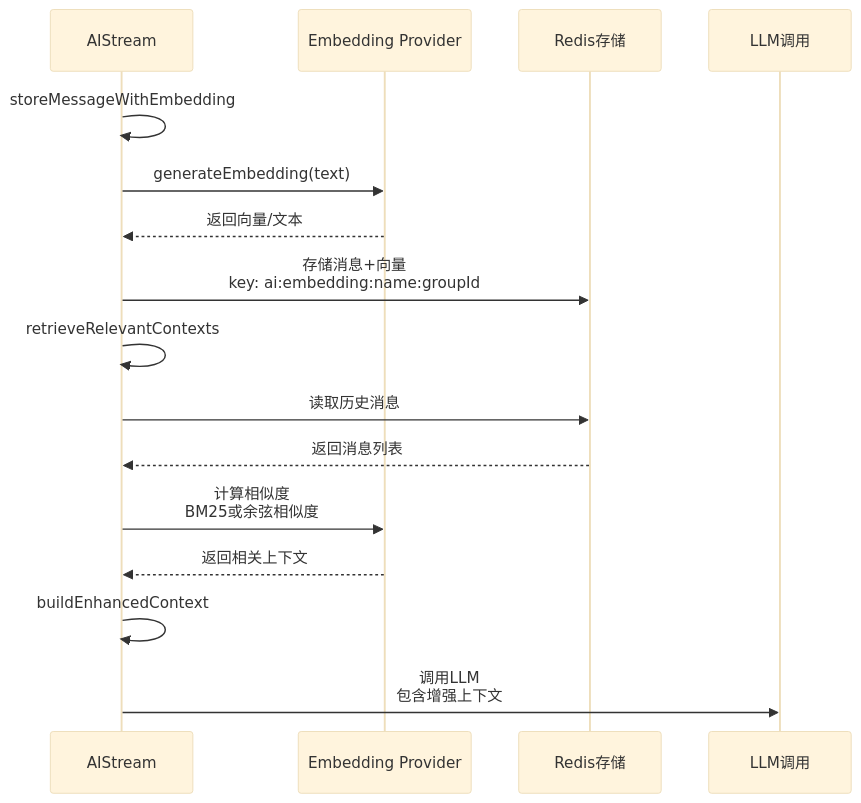
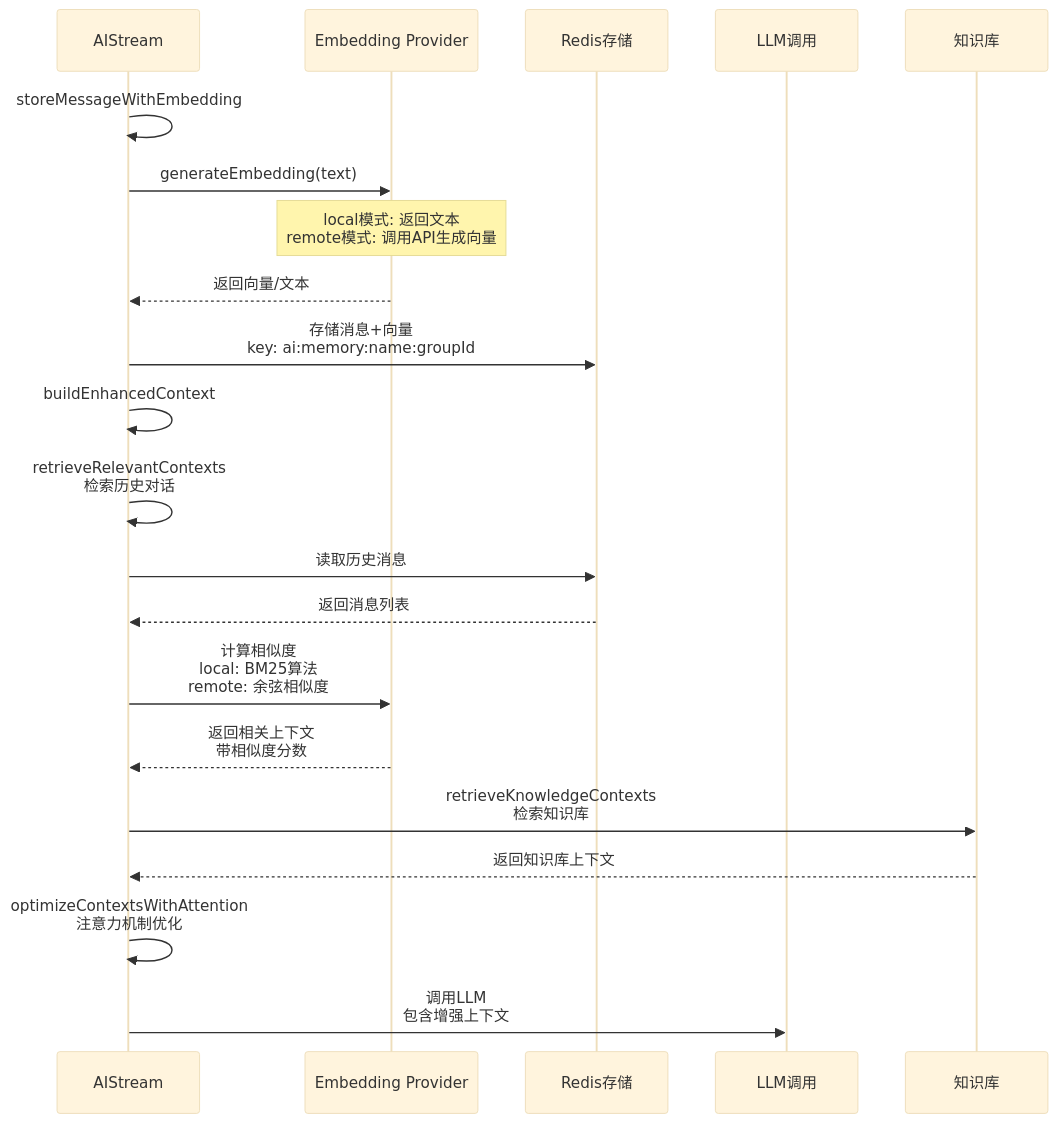
Before and after one commit to sunflowermm/XRK-AGT: the third of 4 diagrams in docs/aistream.md, drawn with Mermaid (base theme). The commit also changed other lines of this file and 5 other files, not shown here.

````diff
--- a/docs/aistream.md
+++ b/docs/aistream.md
@@ -263,20 +263,27 @@
 ```mermaid
 sequenceDiagram
     participant Stream as AIStream
     participant Embedding as Embedding Provider
     participant Redis as Redis存储
     participant LLM as LLM调用
+    participant Knowledge as 知识库
     
     Stream->>Stream: storeMessageWithEmbedding
     Stream->>Embedding: generateEmbedding(text)
+    Note over Embedding: local模式: 返回文本<br/>remote模式: 调用API生成向量
     Embedding-->>Stream: 返回向量/文本
-    Stream->>Redis: 存储消息+向量<br/>key: ai:embedding:name:groupId
+    Stream->>Redis: 存储消息+向量<br/>key: ai:memory:name:groupId
     
-    Stream->>Stream: retrieveRelevantContexts
+    Stream->>Stream: buildEnhancedContext
+    Stream->>Stream: retrieveRelevantContexts<br/>检索历史对话
     Stream->>Redis: 读取历史消息
     Redis-->>Stream: 返回消息列表
-    Stream->>Embedding: 计算相似度<br/>BM25或余弦相似度
-    Embedding-->>Stream: 返回相关上下文
-    Stream->>Stream: buildEnhancedContext
+    Stream->>Embedding: 计算相似度<br/>local: BM25算法<br/>remote: 余弦相似度
+    Embedding-->>Stream: 返回相关上下文<br/>带相似度分数
+    
+    Stream->>Knowledge: retrieveKnowledgeContexts<br/>检索知识库
+    Knowledge-->>Stream: 返回知识库上下文
+    
+    Stream->>Stream: optimizeContextsWithAttention<br/>注意力机制优化
     Stream->>LLM: 调用LLM<br/>包含增强上下文
 ```
````
